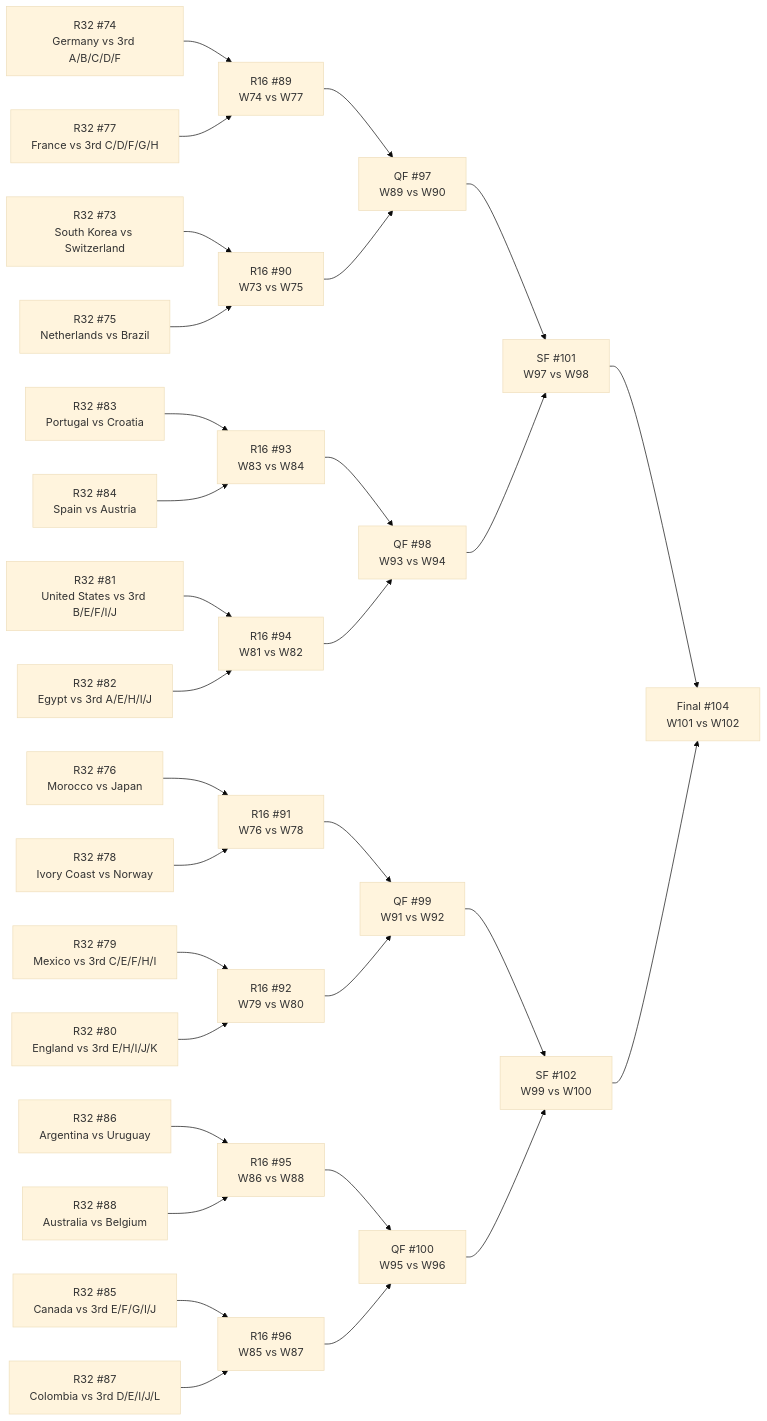
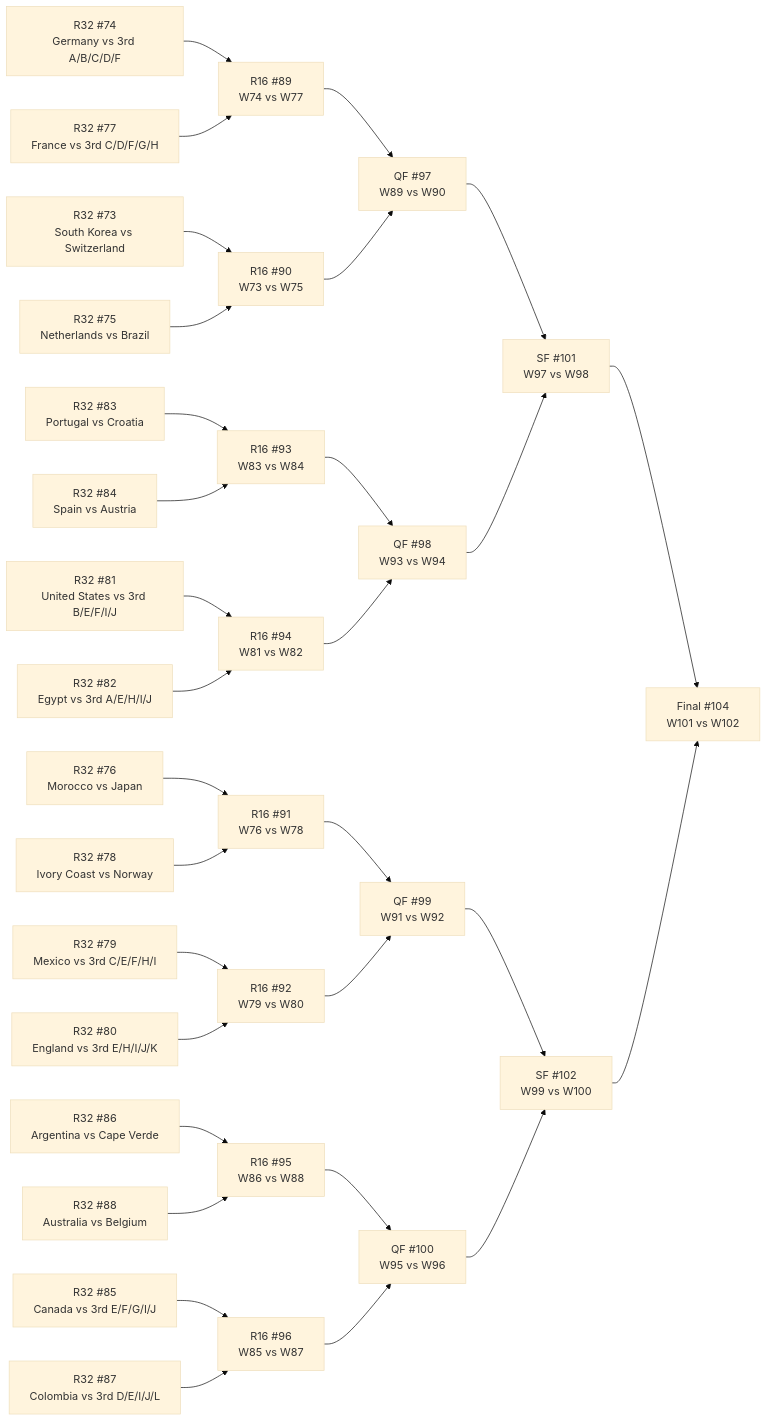
The diagram in WC vault/_bracket.md (Tutai-Tran/WC-2026-predictor), drawn with Mermaid (base theme) before and after one commit. The commit also changed 86 other files, not shown here.

````diff
--- a/WC vault/_bracket.md
+++ b/WC vault/_bracket.md
@@ -11,64 +11,64 @@
 ```mermaid
 flowchart LR
   M73["R32 #73<br>South Korea vs Switzerland"]
   M74["R32 #74<br>Germany vs 3rd A/B/C/D/F"]
   M75["R32 #75<br>Netherlands vs Brazil"]
   M76["R32 #76<br>Morocco vs Japan"]
   M77["R32 #77<br>France vs 3rd C/D/F/G/H"]
   M78["R32 #78<br>Ivory Coast vs Norway"]
   M79["R32 #79<br>Mexico vs 3rd C/E/F/H/I"]
   M80["R32 #80<br>England vs 3rd E/H/I/J/K"]
   M81["R32 #81<br>United States vs 3rd B/E/F/I/J"]
   M82["R32 #82<br>Egypt vs 3rd A/E/H/I/J"]
   M83["R32 #83<br>Portugal vs Croatia"]
   M84["R32 #84<br>Spain vs Austria"]
   M85["R32 #85<br>Canada vs 3rd E/F/G/I/J"]
-  M86["R32 #86<br>Argentina vs Uruguay"]
+  M86["R32 #86<br>Argentina vs Cape Verde"]
   M87["R32 #87<br>Colombia vs 3rd D/E/I/J/L"]
   M88["R32 #88<br>Australia vs Belgium"]
   M89["R16 #89<br>W74 vs W77"]
   M90["R16 #90<br>W73 vs W75"]
   M91["R16 #91<br>W76 vs W78"]
   M92["R16 #92<br>W79 vs W80"]
   M93["R16 #93<br>W83 vs W84"]
   M94["R16 #94<br>W81 vs W82"]
   M95["R16 #95<br>W86 vs W88"]
   M96["R16 #96<br>W85 vs W87"]
   M97["QF #97<br>W89 vs W90"]
   M98["QF #98<br>W93 vs W94"]
   M99["QF #99<br>W91 vs W92"]
   M100["QF #100<br>W95 vs W96"]
   M101["SF #101<br>W97 vs W98"]
   M102["SF #102<br>W99 vs W100"]
   M104["Final #104<br>W101 vs W102"]
   M74 --> M89
   M77 --> M89
   M73 --> M90
   M75 --> M90
   M76 --> M91
   M78 --> M91
   M79 --> M92
   M80 --> M92
   M83 --> M93
   M84 --> M93
   M81 --> M94
   M82 --> M94
   M86 --> M95
   M88 --> M95
   M85 --> M96
   M87 --> M96
   M89 --> M97
   M90 --> M97
   M93 --> M98
   M94 --> M98
   M91 --> M99
   M92 --> M99
   M95 --> M100
   M96 --> M100
   M97 --> M101
   M98 --> M101
   M99 --> M102
   M100 --> M102
   M101 --> M104
   M102 --> M104
 ```
````
